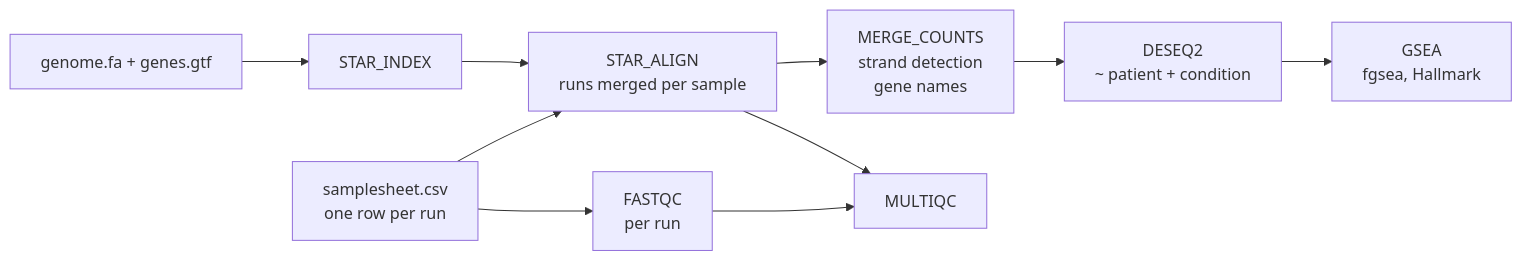
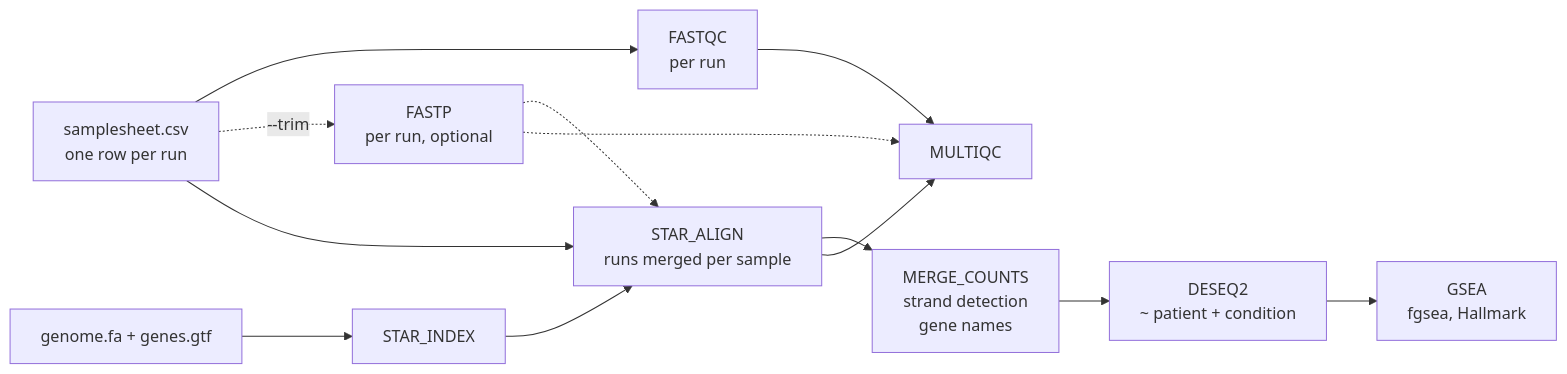
One commit to AKULA-PRASAD/luad-rnaseq-nextflow changed the diagram in README.md. Above: the diagram before and after it, drawn with Mermaid. The commit also changed other lines of this file and 9 other files, not shown here.

Commit message:
Add optional fastp trimming with tests; release 1.1.0

````diff
--- a/README.md
+++ b/README.md
@@ -32,11 +32,13 @@
 ```mermaid
 flowchart LR
   A[samplesheet.csv<br/>one row per run] --> B[FASTQC<br/>per run]
+  A -.->|--trim| T[FASTP<br/>per run, optional] -.-> D
   A --> D[STAR_ALIGN<br/>runs merged per sample]
   G[genome.fa + genes.gtf] --> C[STAR_INDEX] --> D
   D --> E[MERGE_COUNTS<br/>strand detection<br/>gene names]
   E --> F[DESEQ2<br/>~ patient + condition]
   F --> H[GSEA<br/>fgsea, Hallmark]
   B --> M[MULTIQC]
   D --> M
+  T -.-> M
 ```
````
